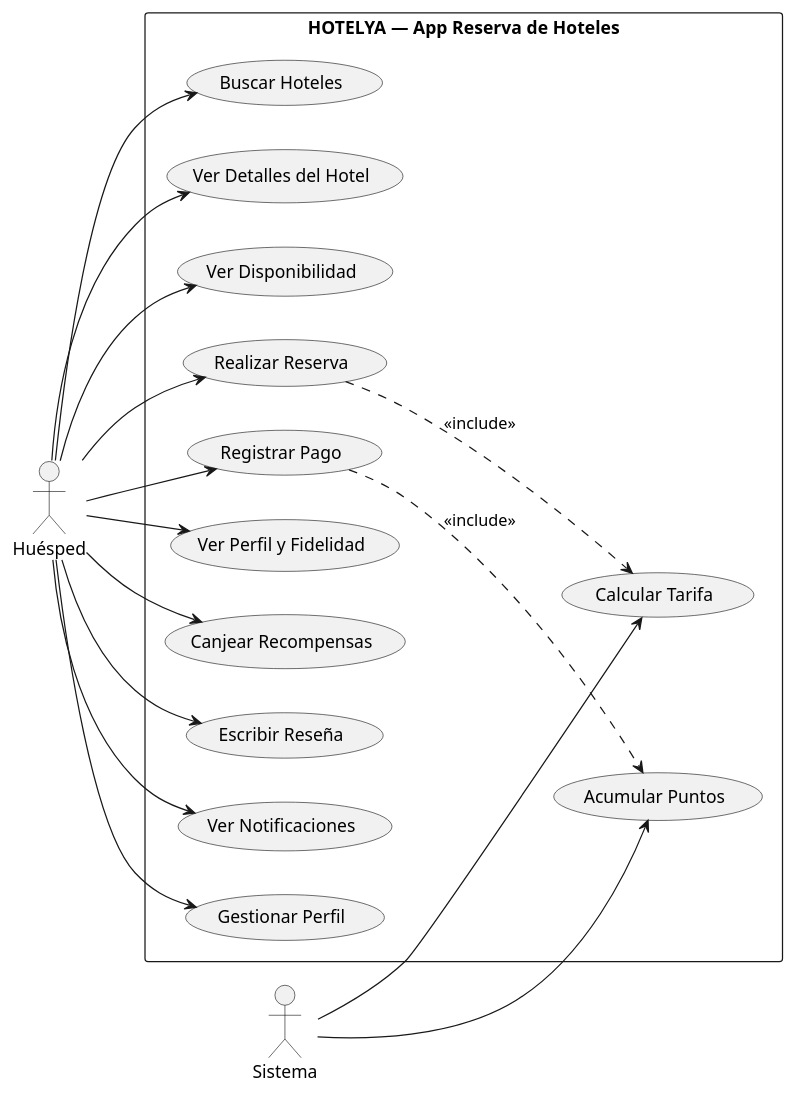
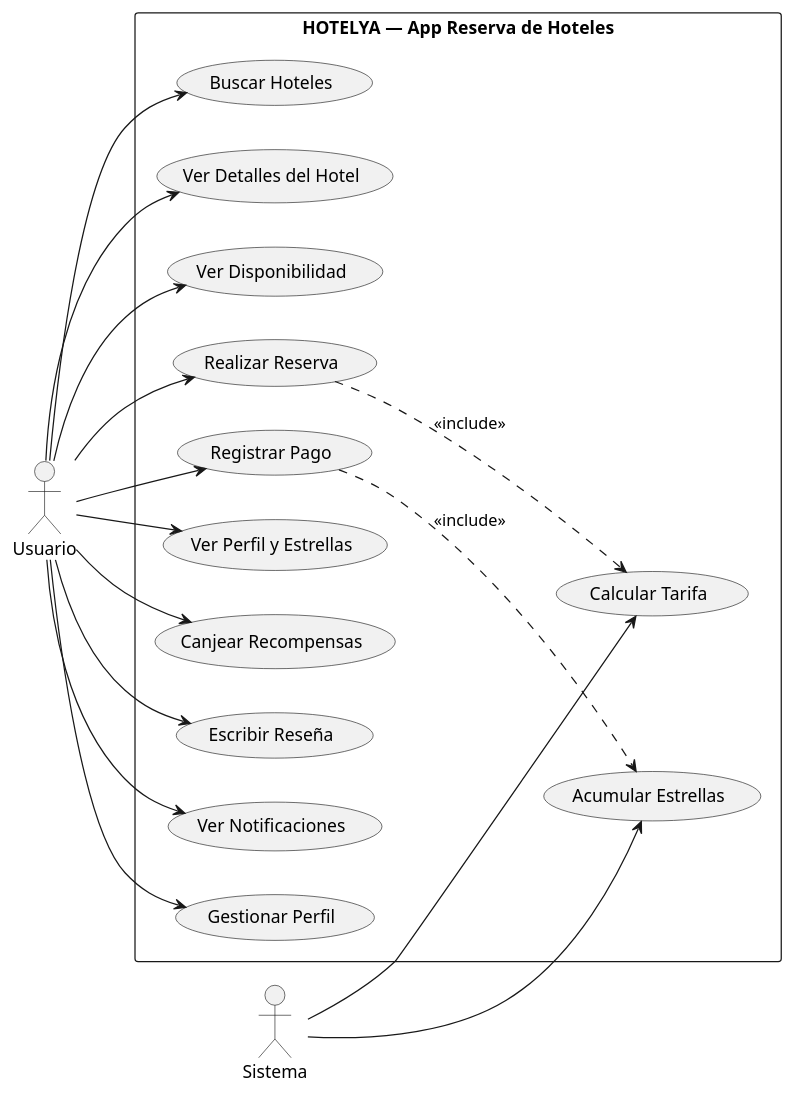
One commit to Walturx/ProyectoPrograMovil changed the second of 3 diagrams in README.md. Above: the diagram before and after it, drawn with PlantUML. The commit also changed other lines of this file and 27 other files, not shown here.

````diff
--- a/README.md
+++ b/README.md
@@ -102,39 +114,39 @@
 ```plantuml
 @startuml
 left to right direction
-actor "Huésped" as guest
+actor "Usuario" as user
 actor "Sistema" as sys
 
 rectangle "HOTELYA — App Reserva de Hoteles" {
   usecase "Buscar Hoteles" as UC1
   usecase "Ver Detalles del Hotel" as UC2
   usecase "Ver Disponibilidad" as UC3
   usecase "Realizar Reserva" as UC4
   usecase "Calcular Tarifa" as UC5
   usecase "Registrar Pago" as UC6
-  usecase "Ver Perfil y Fidelidad" as UC7
+  usecase "Ver Perfil y Estrellas" as UC7
   usecase "Canjear Recompensas" as UC8
   usecase "Escribir Reseña" as UC9
   usecase "Ver Notificaciones" as UC10
   usecase "Gestionar Perfil" as UC11
-  usecase "Acumular Puntos" as UC12
+  usecase "Acumular Estrellas" as UC12
 }
 
-guest --> UC1
-guest --> UC2
-guest --> UC3
-guest --> UC4
-guest --> UC6
-guest --> UC7
-guest --> UC8
-guest --> UC9
-guest --> UC10
-guest --> UC11
+user --> UC1
+user --> UC2
+user --> UC3
+user --> UC4
+user --> UC6
+user --> UC7
+user --> UC8
+user --> UC9
+user --> UC10
+user --> UC11
 
 UC4 ..> UC5 : <<include>>
 UC6 ..> UC12 : <<include>>
 sys --> UC5
 sys --> UC12
 
 @enduml
 ```
````
